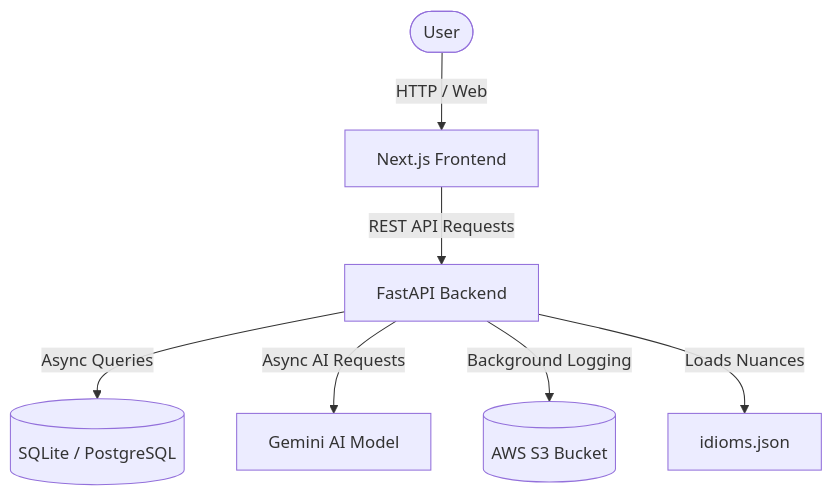
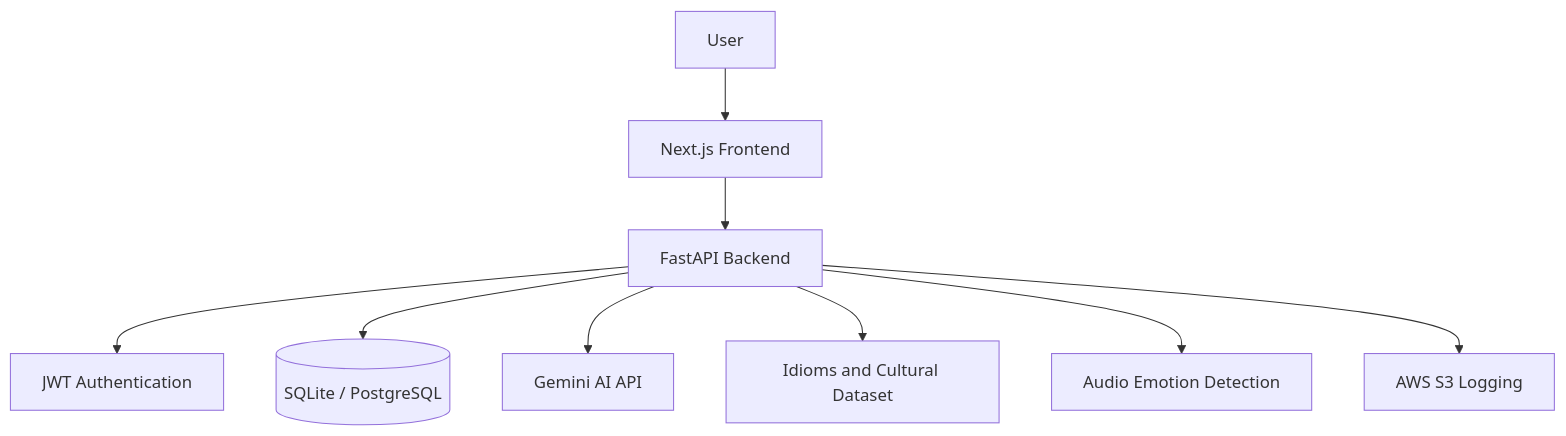
Before and after one commit to Ankit-1207/Vaakya-Smart-Cultural-Translator: the diagram in README.md, drawn with Mermaid. The commit also changed other lines of this file and 7532 other files, not shown here.

````diff
--- a/README.md
+++ b/README.md
@@ -36,9 +59,11 @@
 ```mermaid
 graph TD
-    User([User]) -->|HTTP / Web| Frontend
-    Frontend[Next.js Frontend] -->|REST API Requests| Backend
-    Backend[FastAPI Backend] -->|Async Queries| DB[(SQLite / PostgreSQL)]
-    Backend -->|Async AI Requests| Gemini[Gemini AI Model]
-    Backend -->|Background Logging| S3[(AWS S3 Bucket)]
-    Backend -->|Loads Nuances| Dataset[idioms.json]
+    User[User] --> Frontend[Next.js Frontend]
+    Frontend --> API[FastAPI Backend]
+    API --> Auth[JWT Authentication]
+    API --> DB[(SQLite / PostgreSQL)]
+    API --> Gemini[Gemini AI API]
+    API --> Dataset[Idioms and Cultural Dataset]
+    API --> Emotion[Audio Emotion Detection]
+    API --> S3[AWS S3 Logging]
 ```
````
